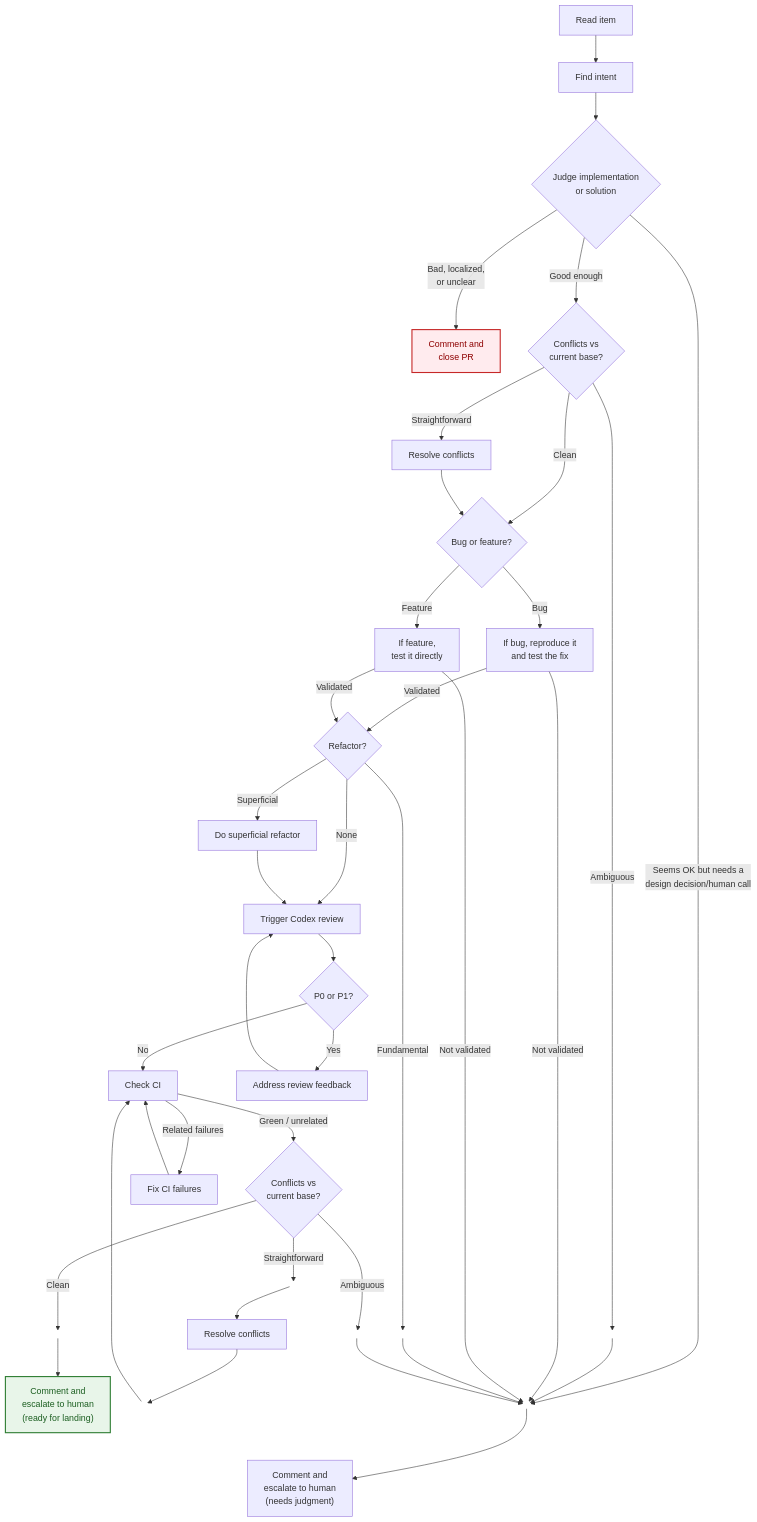
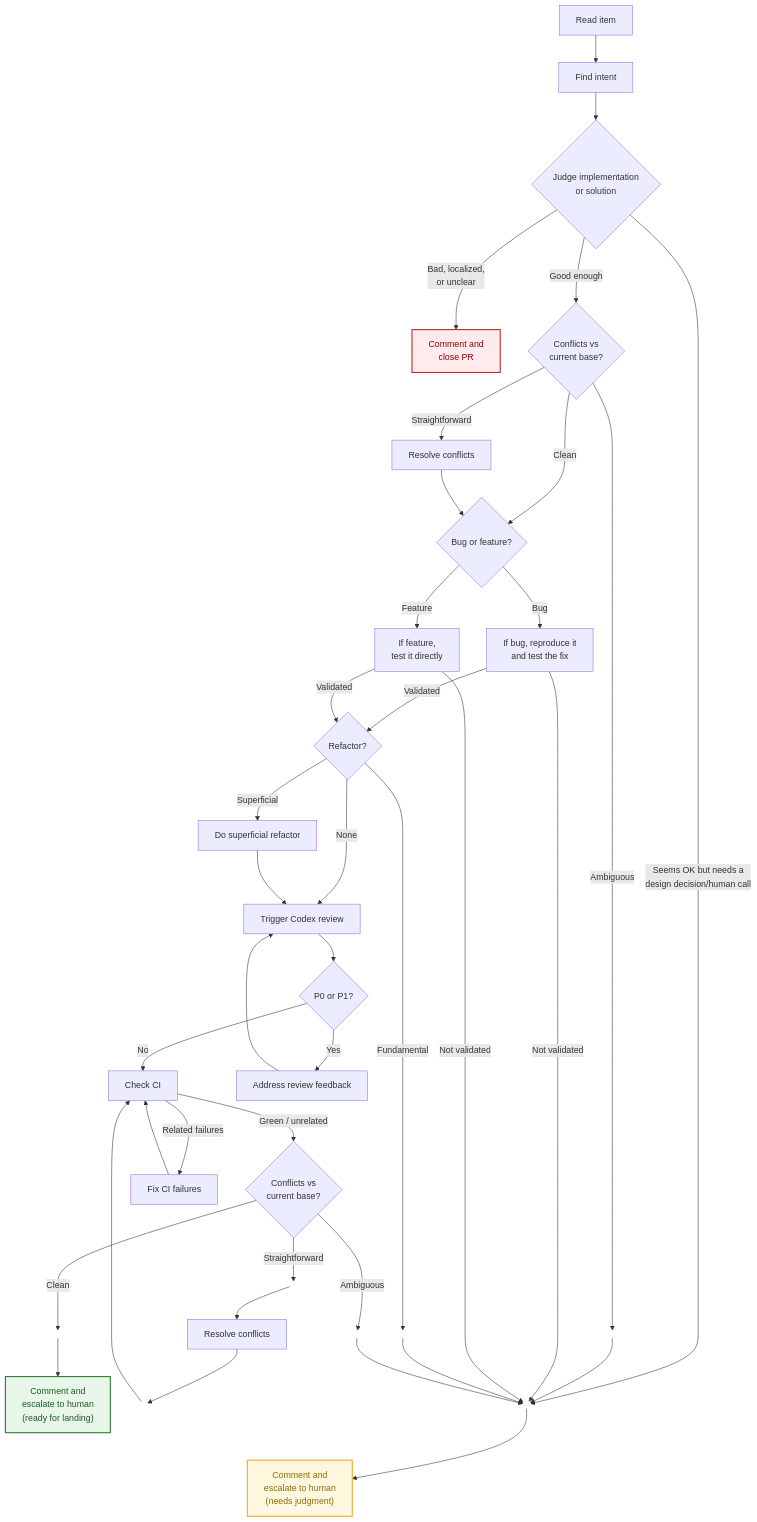
Before and after one commit to openclaw/acpx: the diagram in examples/flows/pr-triage/README.md, drawn with Mermaid.

Commit message:
docs: color human-judgment handoff yellow

````diff
--- a/examples/flows/pr-triage/README.md
+++ b/examples/flows/pr-triage/README.md
@@ -5,62 +5,64 @@
 ```mermaid
 flowchart TD
     classDef hidden fill:none,stroke:none,color:none,stroke-width:0px;
     classDef success fill:#e8f5e9,stroke:#2e7d32,color:#1b5e20,stroke-width:2px;
     classDef reject fill:#ffebee,stroke:#c62828,color:#8e0000,stroke-width:2px;
+    classDef caution fill:#fff8e1,stroke:#f9a825,color:#8d6e00,stroke-width:2px;
     A[Read item] --> B[Find intent]
     B --> C{"Judge implementation<br/>or solution"}
     Y(( ))
     YC(( ))
     YF(( ))
     QL(( ))
     QC(( ))
     QR(( ))
     BACK(( ))
     class Y,YC,YF,QL,QC,QR,BACK hidden
 
     C -->|"Bad, localized,<br/>or unclear"| D[Comment and<br/>close PR]
     C -->|"Seems OK but needs a<br/>design decision/human call"| Y
     C -->|Good enough| M{"Conflicts vs<br/>current base?"}
 
     M -->|Clean| V{Bug or feature?}
     M -->|Straightforward| O[Resolve conflicts]
     O --> V
     M -->|Ambiguous| YC
     YC --> Y
 
     V -->|Bug| P[If bug, reproduce it<br/>and test the fix]
     V -->|Feature| T[If feature,<br/>test it directly]
 
     P -->|Validated| F{Refactor?}
     T -->|Validated| F
     P -->|"Not validated"| Y
     T -->|"Not validated"| Y
 
     F -->|Fundamental| YF
     YF --> Y
     F -->|Superficial| R[Do superficial refactor]
     F -->|None| G[Trigger Codex review]
     R --> G
 
     G --> H{P0 or P1?}
     H -->|No| J[Check CI]
     H -->|Yes| I[Address review feedback]
     I --> G
     J -->|Green / unrelated| Q{"Conflicts vs<br/>current base?"}
     J -->|Related failures| L[Fix CI failures]
     L --> J
 
     Q -->|Clean| QL
     QL --> W["Comment and<br/>escalate to human<br/>(ready for landing)"]
     Q -->|Straightforward| QC
     QC --> U[Resolve conflicts]
     U --> BACK
     BACK --> J
     Q -->|Ambiguous| QR
     QR --> Y
     Y --> E["Comment and<br/>escalate to human<br/>(needs judgment)"]
     W ~~~ E
     QC ~~~ QR
     class W success
     class D reject
+    class E caution
 ```
````
